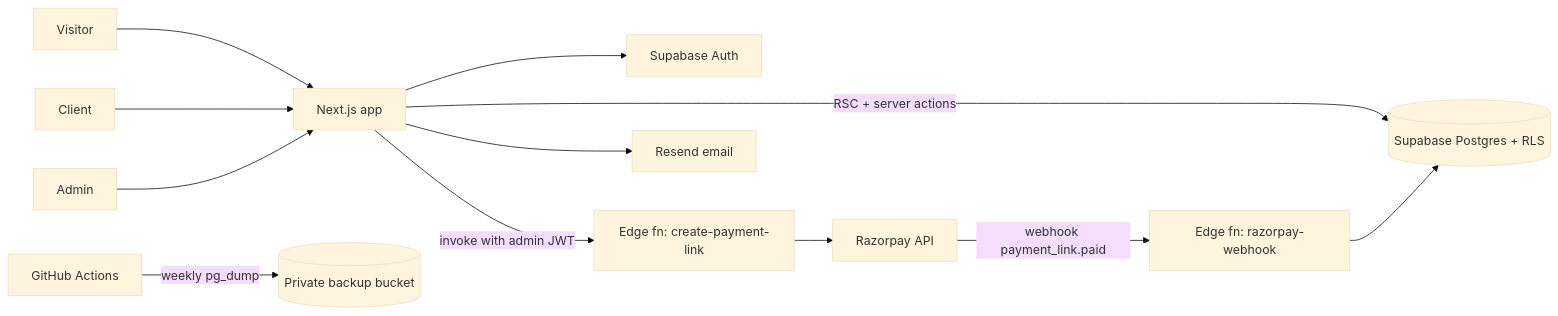
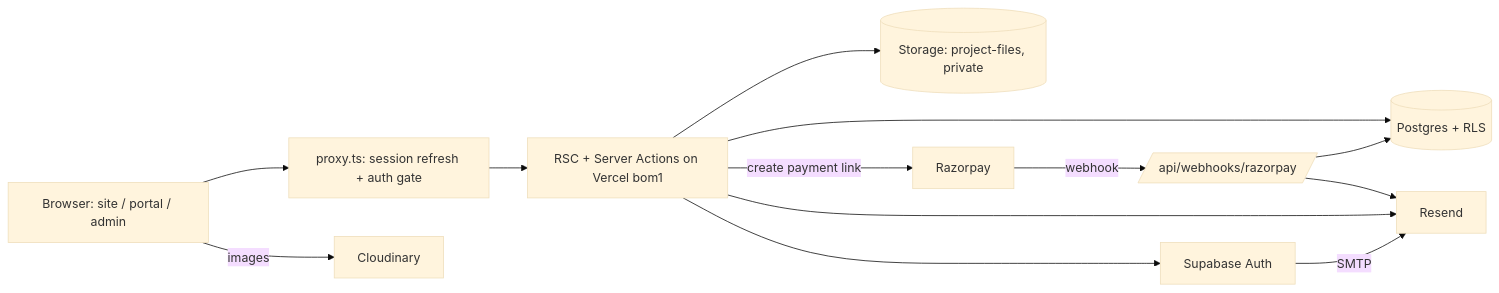
The diagram in docs/PRD.md (Appamania/appamania), drawn with Mermaid (base theme) before and after one commit. The commit also changed other lines of this file and 9 other files, not shown here.

````diff
--- a/docs/PRD.md
+++ b/docs/PRD.md
@@ -1000,14 +320,14 @@
 ```mermaid
 flowchart LR
-  V[Visitor] --> W[Next.js app]
-  C[Client] --> W
-  A[Admin] --> W
-  W -->|RSC + server actions| DB[(Supabase Postgres + RLS)]
-  W --> AU[Supabase Auth]
-  W -->|invoke with admin JWT| F1[Edge fn: create-payment-link]
-  F1 --> RZ[Razorpay API]
-  RZ -->|webhook payment_link.paid| F2[Edge fn: razorpay-webhook]
-  F2 --> DB
-  W --> RS[Resend email]
-  GH[GitHub Actions] -->|weekly pg_dump| BK[(Private backup bucket)]
+  B[Browser: site / portal / admin] --> P[proxy.ts: session refresh + auth gate]
+  P --> RSC[RSC + Server Actions on Vercel bom1]
+  RSC --> DB[(Postgres + RLS)]
+  RSC --> ST[(Storage: project-files, private)]
+  RSC --> AU[Supabase Auth]
+  RSC -- create payment link --> RZ[Razorpay]
+  RZ -- webhook --> WH[/api/webhooks/razorpay/] --> DB
+  WH --> RS[Resend]
+  RSC --> RS
+  AU -- SMTP --> RS
+  B -- images --> CL[Cloudinary]
 ```
````
